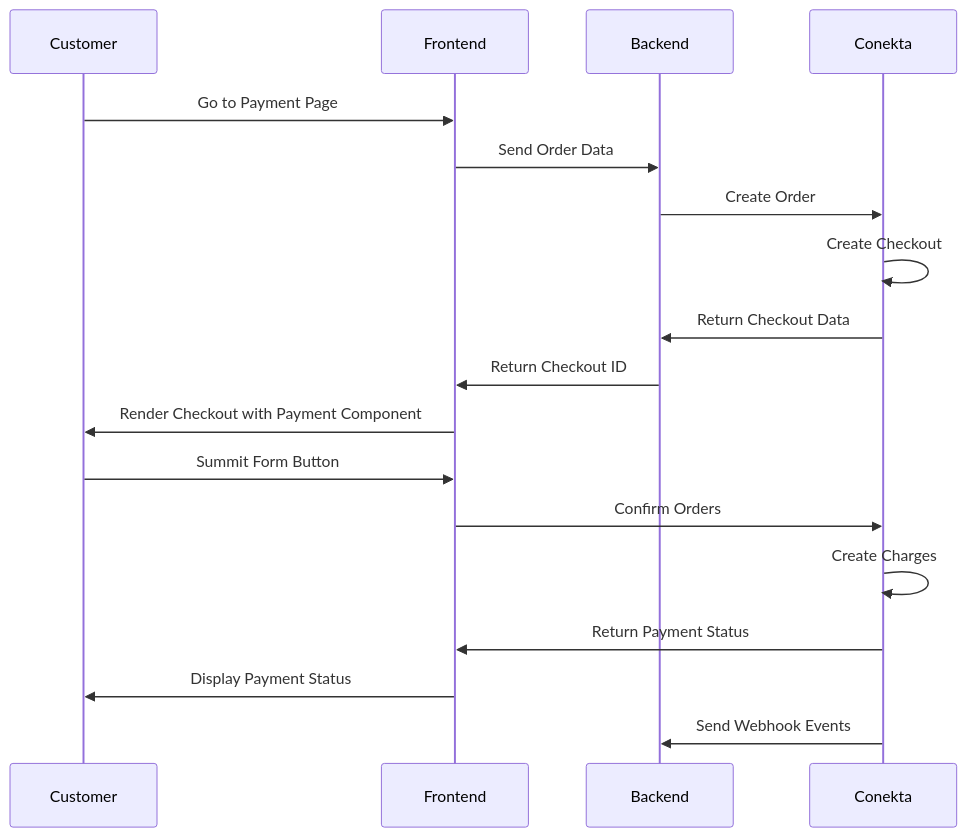
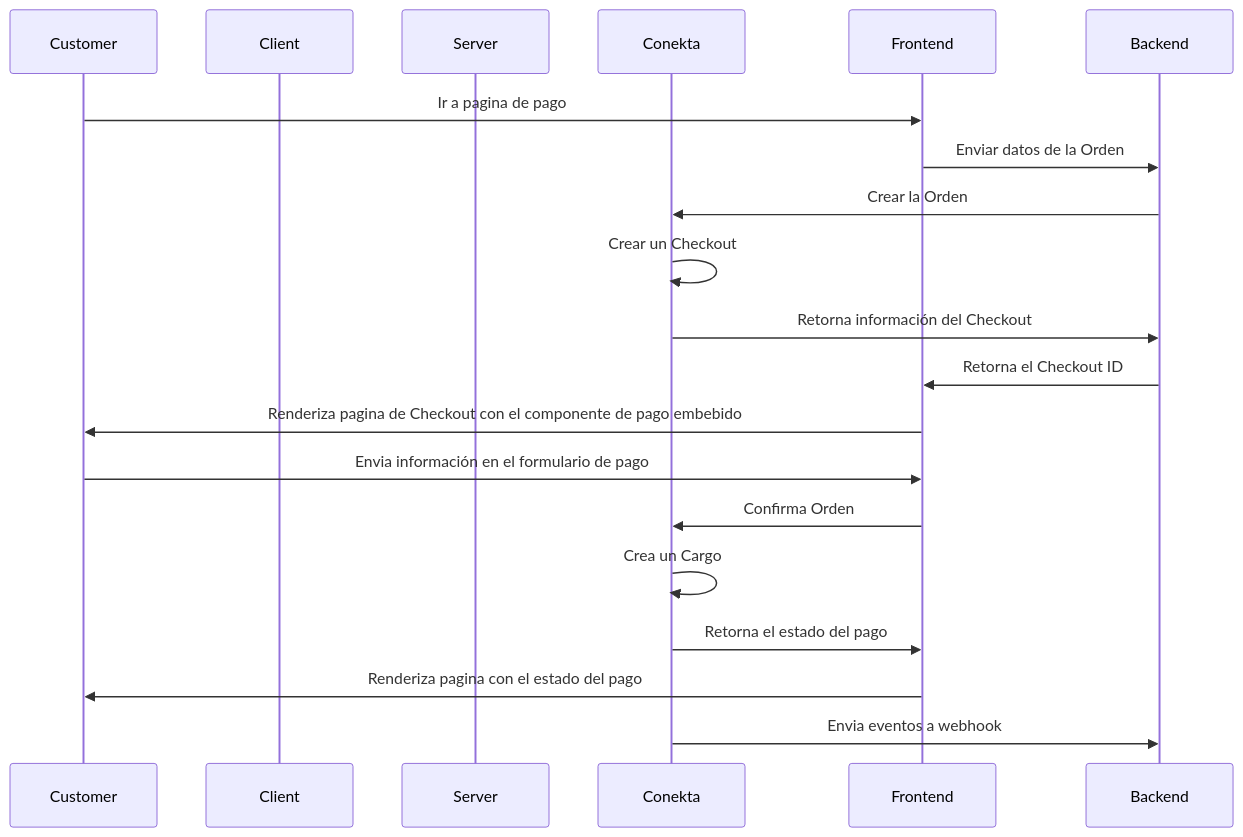
The diagram in payments/online/payment-component/README.md (conekta/tutoriales), drawn with Mermaid before and after one commit. The commit also changed other lines of this file and 2 other files, not shown here.

Commit message:
add checkout page code

````diff
--- a/payments/online/payment-component/README.md
+++ b/payments/online/payment-component/README.md
@@ -5,22 +5,22 @@
 ```mermaid
 sequenceDiagram
 
 	participant Customer
-	participant Frontend
-	participant Backend
+	participant Client
+	participant Server
 	participant Conekta
 	
-	Customer->>Frontend: Go to Payment Page
-	Frontend->>Backend: Send Order Data
-	Backend->>Conekta: Create Order
-	Conekta->>Conekta: Create Checkout
-	Conekta->>Backend: Return Checkout Data
-	Backend->>Frontend: Return Checkout ID
-	Frontend->>Customer: Render Checkout with Payment Component
-	Customer->>Frontend: Summit Form Button
-	Frontend->>Conekta: Confirm Orders
-	Conekta->>Conekta: Create Charges
-	Conekta->>Frontend: Return Payment Status
-	Frontend->>Customer: Display Payment Status
-	Conekta->>Backend: Send Webhook Events
+	Customer->>Frontend: Ir a pagina de pago
+	Frontend->>Backend: Enviar datos de la Orden
+	Backend->>Conekta: Crear la Orden
+	Conekta->>Conekta: Crear un Checkout
+	Conekta->>Backend: Retorna información del Checkout
+	Backend->>Frontend: Retorna el Checkout ID
+	Frontend->>Customer: Renderiza pagina de Checkout con el componente de pago embebido
+	Customer->>Frontend: Envia información en el formulario de pago
+	Frontend->>Conekta: Confirma Orden
+	Conekta->>Conekta: Crea un Cargo
+	Conekta->>Frontend: Retorna el estado del pago
+	Frontend->>Customer: Renderiza pagina con el estado del pago
+	Conekta->>Backend: Envia eventos a webhook
 ```
````
